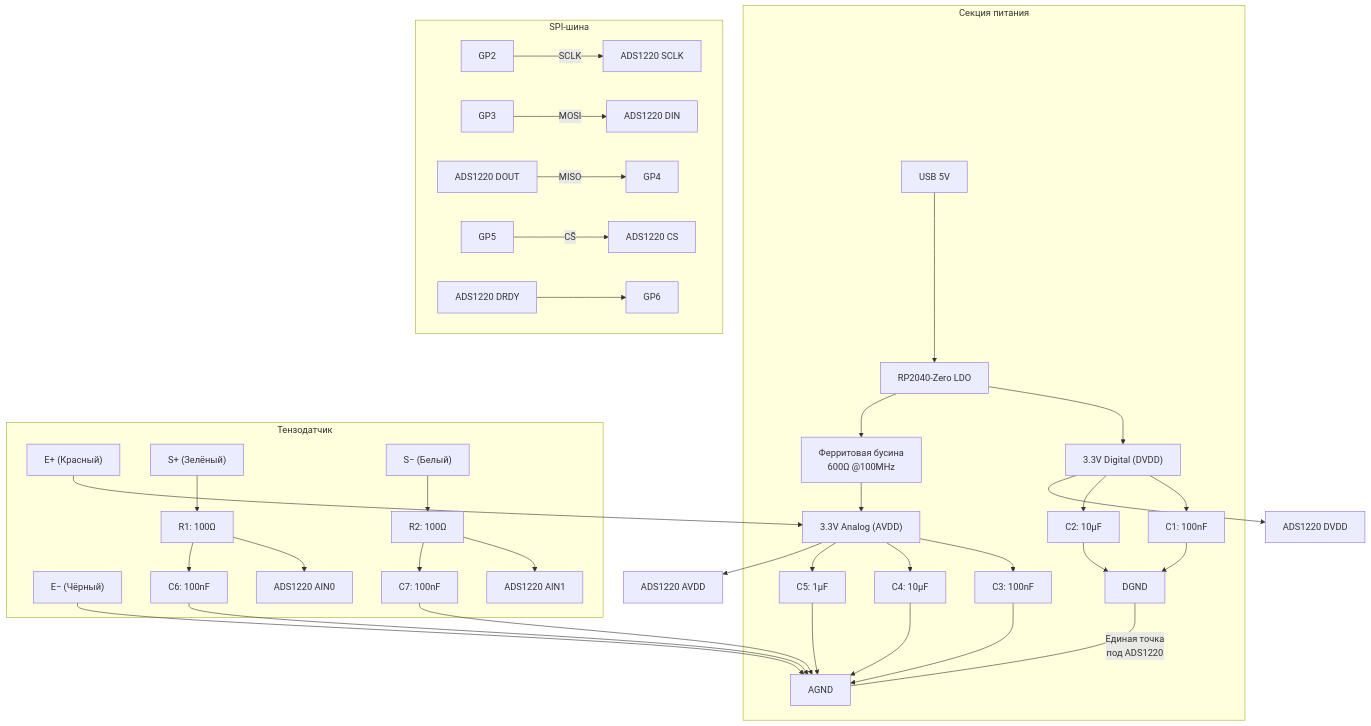
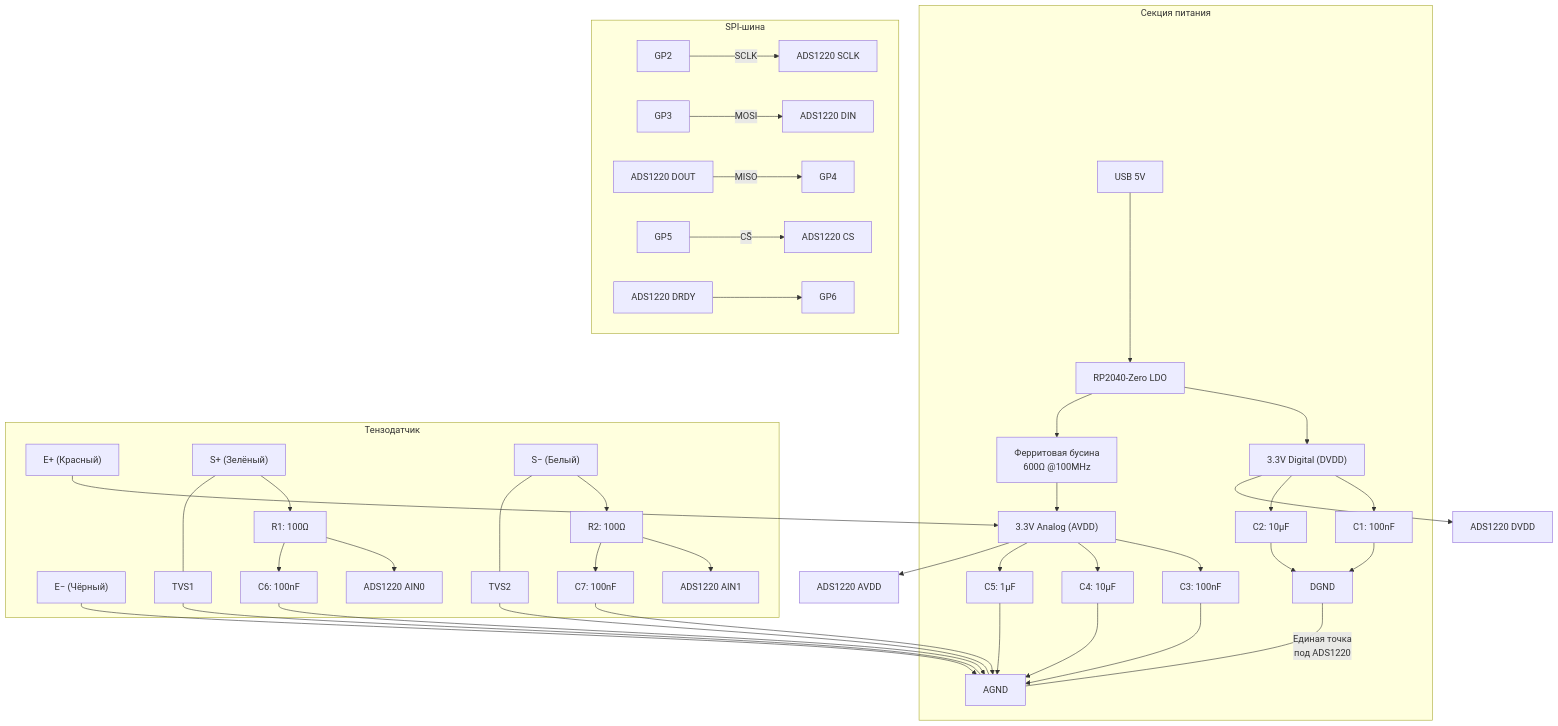
One commit to cenior-pomidor/SimracingPedalsRp2040 changed the second of 2 diagrams in docs/pcb_design.md. Above: the diagram before and after it, drawn with Mermaid. The commit also changed other lines of this file and 43 other files, not shown here.

````diff
--- a/docs/pcb_design.md
+++ b/docs/pcb_design.md
@@ -187,35 +159,37 @@
 ```mermaid
 flowchart TD
     subgraph POWER["Секция питания"]
         USB["USB 5V"] --> LDO["RP2040-Zero LDO"]
         LDO --> V33D["3.3V Digital (DVDD)"]
         LDO --> FB["Ферритовая бусина\n600Ω @100MHz"]
         FB --> V33A["3.3V Analog (AVDD)"]
         V33D --> CD1["C1: 100nF"] --> GND_D["DGND"]
         V33D --> CD2["C2: 10µF"] --> GND_D
         V33A --> CA1["C3: 100nF"] --> GND_A["AGND"]
         V33A --> CA2["C4: 10µF"] --> GND_A
         V33A --> CA3["C5: 1µF"] --> GND_A
     end
 
     subgraph SPI["SPI-шина"]
         GP2["GP2"] -->|"SCLK"| SCLK["ADS1220 SCLK"]
         GP3["GP3"] -->|"MOSI"| MOSI["ADS1220 DIN"]
         MISO_ADS["ADS1220 DOUT"] -->|"MISO"| GP4["GP4"]
         GP5["GP5"] -->|"CS̄"| CS["ADS1220 CS"]
         DRDY_ADS["ADS1220 DRDY"] --> GP6["GP6"]
     end
 
     subgraph LOADCELL["Тензодатчик"]
         LC_EP["E+ (Красный)"] --> V33A
         LC_EN["E− (Чёрный)"] --> GND_A
         LC_SP["S+ (Зелёный)"] --> R1["R1: 100Ω"] --> AIN0["ADS1220 AIN0"]
         R1 --> C6["C6: 100nF"] --> GND_A
         LC_SN["S− (Белый)"] --> R2["R2: 100Ω"] --> AIN1["ADS1220 AIN1"]
         R2 --> C7["C7: 100nF"] --> GND_A
+        LC_SP --- TVS1 --- GND_A
+        LC_SN --- TVS2 --- GND_A
     end
 
     V33D --> DVDD_PIN["ADS1220 DVDD"]
     V33A --> AVDD_PIN["ADS1220 AVDD"]
     GND_D ---|"Единая точка\nпод ADS1220"| GND_A
 ```
````
